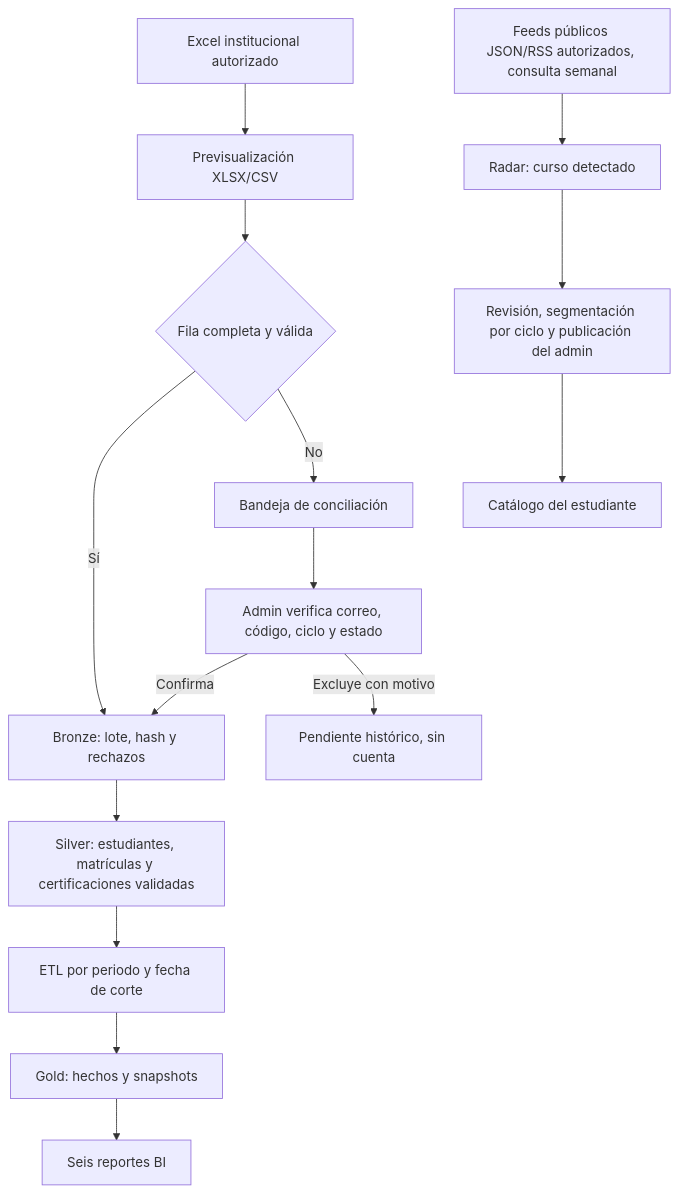
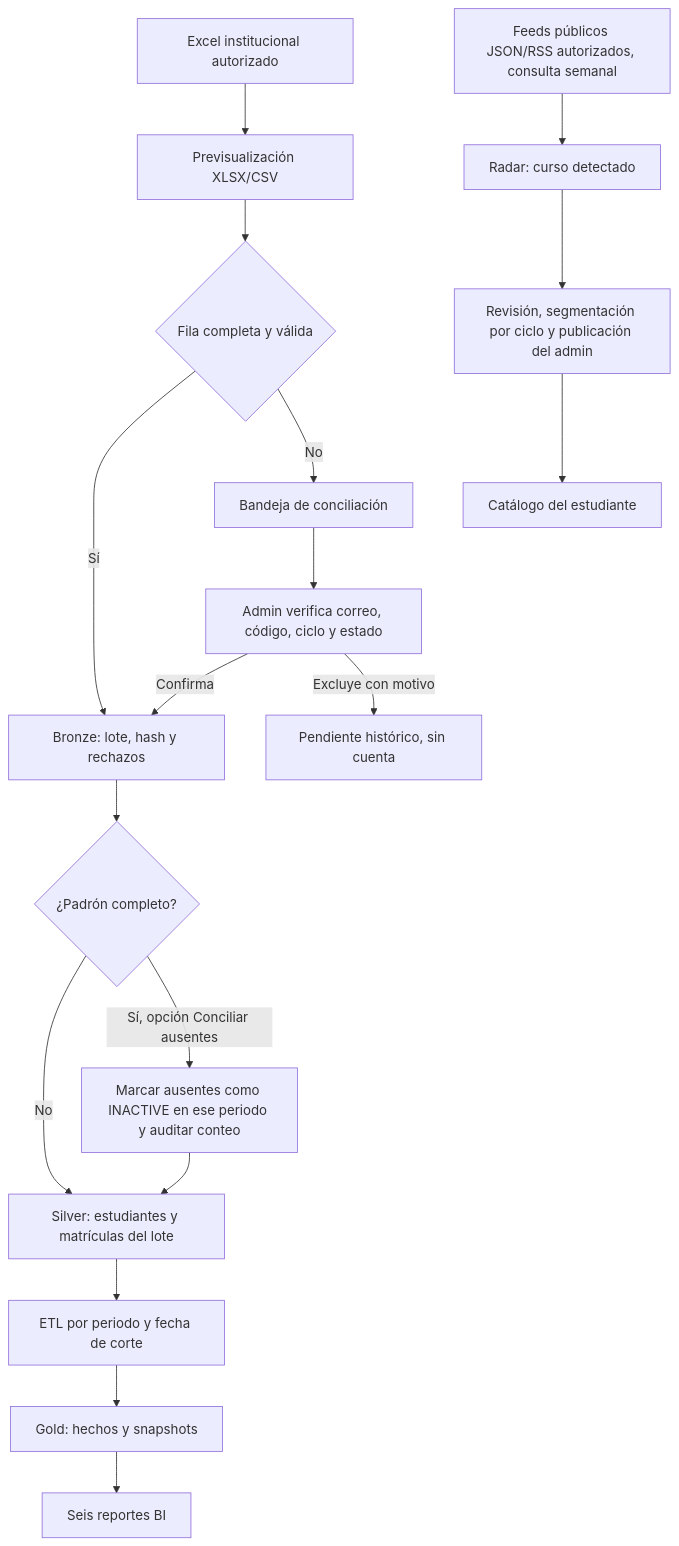
Before and after one commit to Kiara1616/pulse-epis: the diagram in docs/proyecto/31-Fases-MVP-Pulse-EPIS.md, drawn with Mermaid. The commit also changed other lines of this file and 8 other files, not shown here.

````diff
--- a/docs/proyecto/31-Fases-MVP-Pulse-EPIS.md
+++ b/docs/proyecto/31-Fases-MVP-Pulse-EPIS.md
@@ -34,17 +34,20 @@
 ```mermaid
 flowchart TD
     A[Excel institucional autorizado] --> B[Previsualización XLSX/CSV]
     B --> C{Fila completa y válida}
     C -->|Sí| D[Bronze: lote, hash y rechazos]
+    D --> Q{¿Padrón completo?}
+    Q -->|No| H[Silver: estudiantes y matrículas del lote]
+    Q -->|Sí, opción Conciliar ausentes| R[Marcar ausentes como INACTIVE en ese periodo y auditar conteo]
+    R --> H
     C -->|No| E[Bandeja de conciliación]
     E --> F[Admin verifica correo, código, ciclo y estado]
     F -->|Confirma| D
     F -->|Excluye con motivo| G[Pendiente histórico, sin cuenta]
-    D --> H[Silver: estudiantes, matrículas y certificaciones validadas]
     H --> I[ETL por periodo y fecha de corte]
     I --> J[Gold: hechos y snapshots]
     J --> K[Seis reportes BI]
     L[Feeds públicos JSON/RSS autorizados, consulta semanal] --> M[Radar: curso detectado]
     M --> N[Revisión, segmentación por ciclo y publicación del admin]
     N --> O[Catálogo del estudiante]
 ```
````
